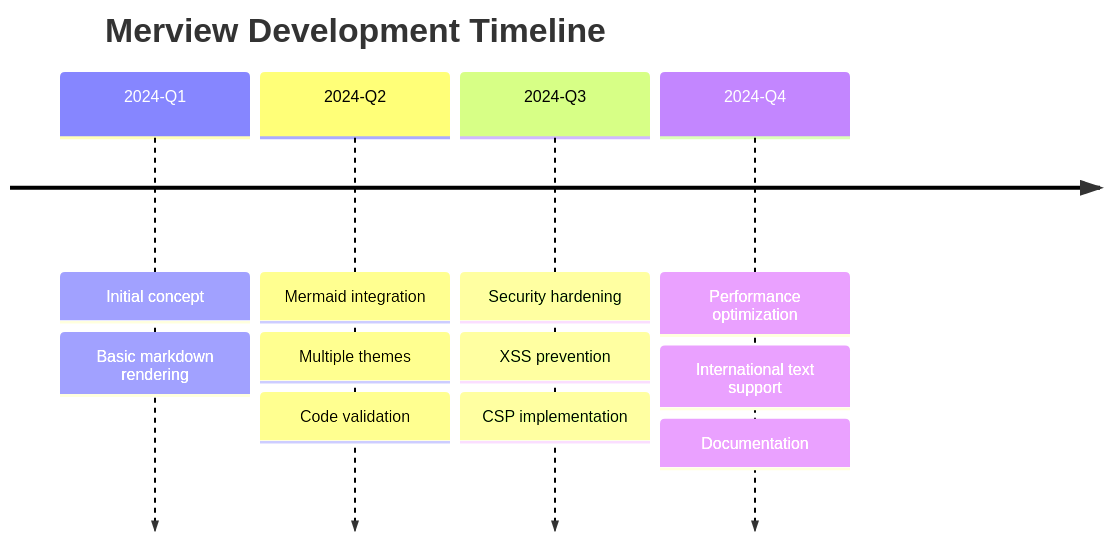
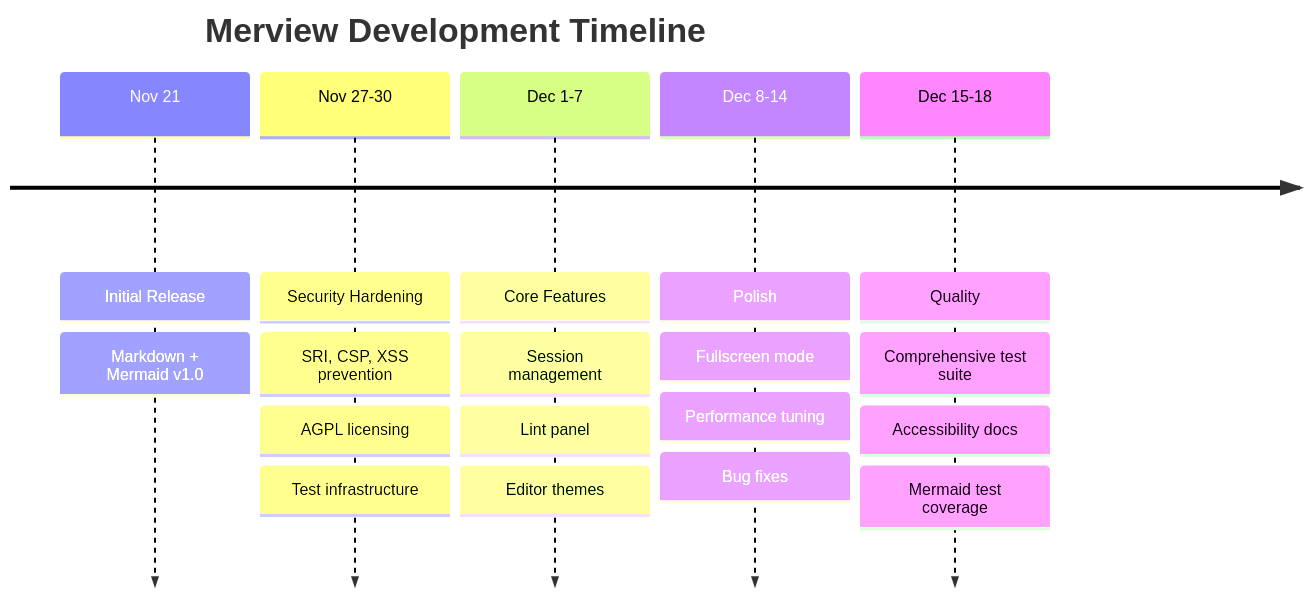
Diagram 29 of 44 in docs/demos/mermaid-diagrams.md (mickdarling/merdown), drawn with Mermaid before and after one commit. The commit also changed other lines of this file and 4 other files, not shown here.

First line of the commit message:
docs: Add comprehensive Mermaid diagram test suite (#333)

````diff
--- a/docs/demos/mermaid-diagrams.md
+++ b/docs/demos/mermaid-diagrams.md
@@ -654,19 +658,27 @@
 ```mermaid
 timeline
     title Merview Development Timeline
 
-    2024-Q1 : Initial concept
-            : Basic markdown rendering
+    Nov 21 : Initial Release
+           : Markdown + Mermaid v1.0
 
-    2024-Q2 : Mermaid integration
-            : Multiple themes
-            : Code validation
+    Nov 27-30 : Security Hardening
+              : SRI, CSP, XSS prevention
+              : AGPL licensing
+              : Test infrastructure
 
-    2024-Q3 : Security hardening
-            : XSS prevention
-            : CSP implementation
+    Dec 1-7 : Core Features
+            : Session management
+            : Lint panel
+            : Editor themes
 
-    2024-Q4 : Performance optimization
-            : International text support
-            : Documentation
+    Dec 8-14 : Polish
+             : Fullscreen mode
+             : Performance tuning
+             : Bug fixes
+
+    Dec 15-18 : Quality
+              : Comprehensive test suite
+              : Accessibility docs
+              : Mermaid test coverage
 ```
````
